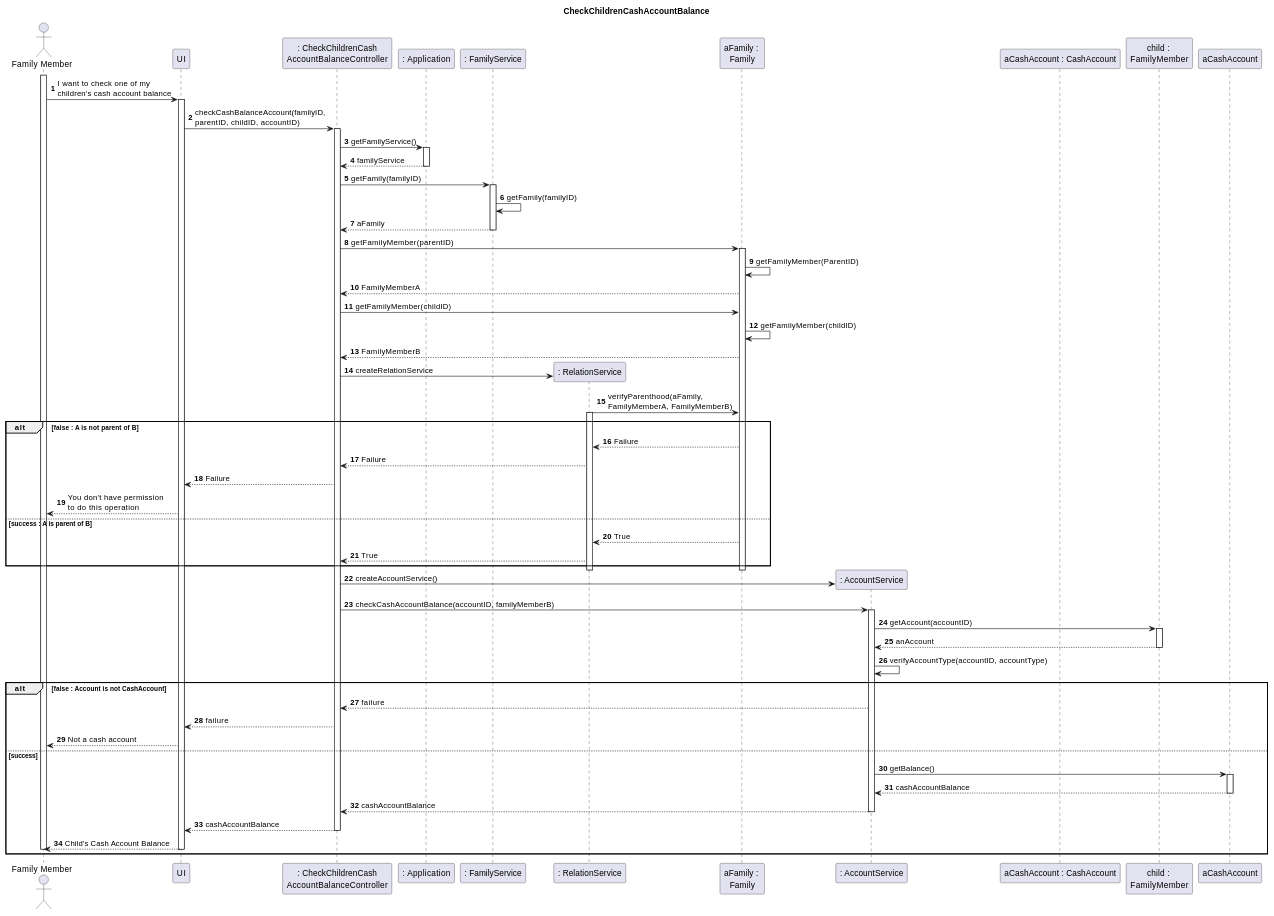
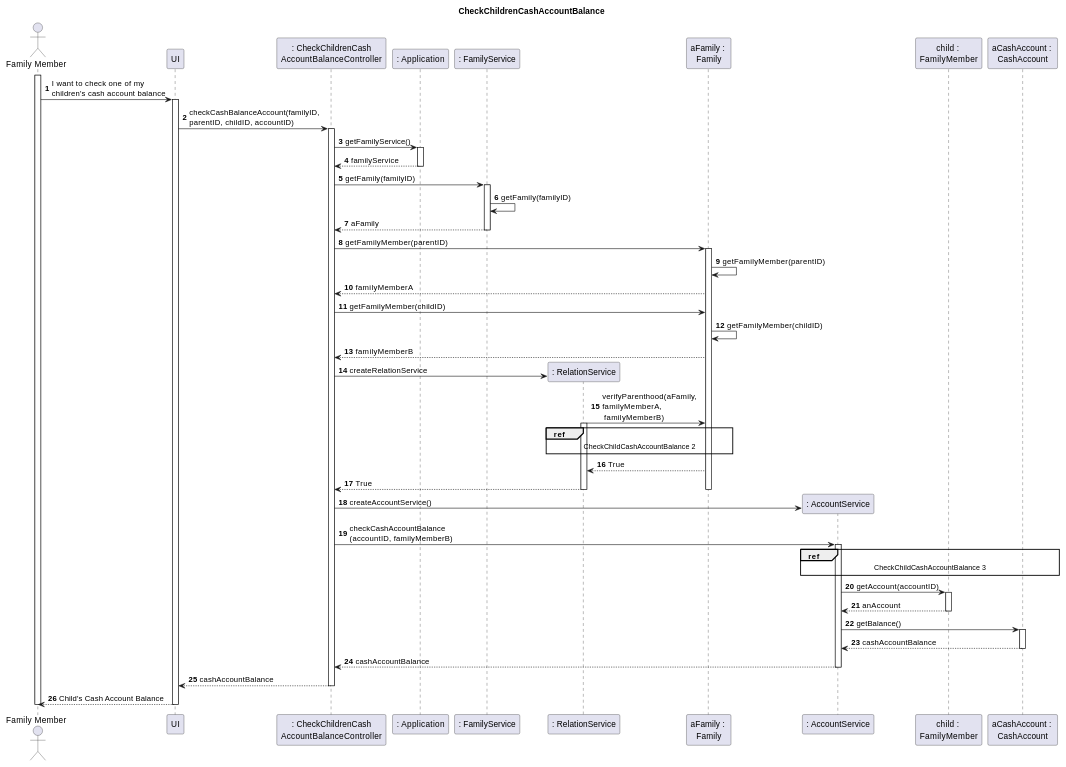
The second of 5 diagrams in docs/sprint2/user_stories/US188_CheckChildrenCashAccountBalance.md (tomas-osswald/switch_2020_g3), drawn with PlantUML before and after one commit. The commit also changed other lines of this file and 2 other files, not shown here.

Commit message:
finished us188 documentation. Changed Family method name to verifyParenthood

`````diff
--- a/docs/sprint2/user_stories/US188_CheckChildrenCashAccountBalance.md
+++ b/docs/sprint2/user_stories/US188_CheckChildrenCashAccountBalance.md
@@ -95,81 +98,78 @@
 ````puml
 autonumber
 
 
 title CheckChildrenCashAccountBalance
 actor "Family Member" as FamilyMember
 participant "UI" as UI
 participant ": CheckChildrenCash\nAccountBalanceController" as Controller
 participant ": Application" as App
 participant ": FamilyService" as FamilyService
 participant ": RelationService" as Relation
 participant "aFamily : \nFamily" as Family
 participant ": AccountService" as AccountService
-participant "aCashAccount : CashAccount" as account
 participant "child : \nFamilyMember" as aFamilyMember
+participant "aCashAccount : \nCashAccount" as account
 
 
 activate FamilyMember
 FamilyMember -> UI: I want to check one of my \nchildren's cash account balance
 activate UI
 UI -> Controller : checkCashBalanceAccount(familyID, \nparentID, childID, accountID)
 activate Controller
 Controller -> App : getFamilyService()
 activate App
 App --> Controller : familyService
 deactivate App
 Controller -> FamilyService : getFamily(familyID)
 activate FamilyService
 FamilyService -> FamilyService : getFamily(familyID)
 FamilyService --> Controller : aFamily
 deactivate FamilyService
 Controller -> Family : getFamilyMember(parentID)
 Activate Family
-Family -> Family : getFamilyMember(ParentID)
-Family --> Controller : FamilyMemberA
+Family -> Family : getFamilyMember(parentID)
+Family --> Controller : familyMemberA
 Controller -> Family : getFamilyMember(childID)
 Family -> Family : getFamilyMember(childID)
-Family --> Controller : FamilyMemberB
+Family --> Controller : familyMemberB
 Controller -> Relation **: createRelationService
-Relation -> Family : verifyParenthood(aFamily, \nFamilyMemberA, FamilyMemberB)
+Relation -> Family : verifyParenthood(aFamily, \nfamilyMemberA,\n familyMemberB)
 activate Relation
-alt false : A is not parent of B
-Family --> Relation : Failure
-Relation --> Controller : Failure
-Controller --> UI : Failure
-UI --> FamilyMember : You don't have permission \nto do this operation
-else success : A is parent of B
+ref over Relation, Family
+CheckChildCashAccountBalance 2
+end ref
 Family --> Relation : True
 Relation --> Controller : True
-end
+
+
 Deactivate Family
 deactivate Relation
 
 
 Controller -> AccountService ** : createAccountService()
-Controller -> AccountService : checkCashAccountBalance(accountID, familyMemberB)
+Controller -> AccountService : checkCashAccountBalance\n(accountID, familyMemberB)
 activate AccountService
+ref over AccountService, aFamilyMember, account
+CheckChildCashAccountBalance 3
+end
 AccountService -> aFamilyMember : getAccount(accountID)
 activate aFamilyMember
 aFamilyMember  --> AccountService : anAccount
 deactivate aFamilyMember
-AccountService -> AccountService : verifyAccountType(accountID, accountType)
-alt false : Account is not CashAccount
-AccountService --> Controller : failure
-Controller --> UI : failure
-UI --> FamilyMember : Not a cash account
-else success
 
-AccountService -> aCashAccount : getBalance()
-activate aCashAccount
-aCashAccount --> AccountService : cashAccountBalance
-deactivate aCashAccount
+AccountService -> account : getBalance()
+activate account
+account --> AccountService : cashAccountBalance
+deactivate account
 AccountService --> Controller : cashAccountBalance
 deactivate AccountService
 Controller --> UI : cashAccountBalance
 Deactivate Controller
 UI --> FamilyMember : Child's Cash Account Balance
 Deactivate UI
 Deactivate FamilyMember
-end
+deactivate Controller
+deactivate UI
+
 ````
`````
